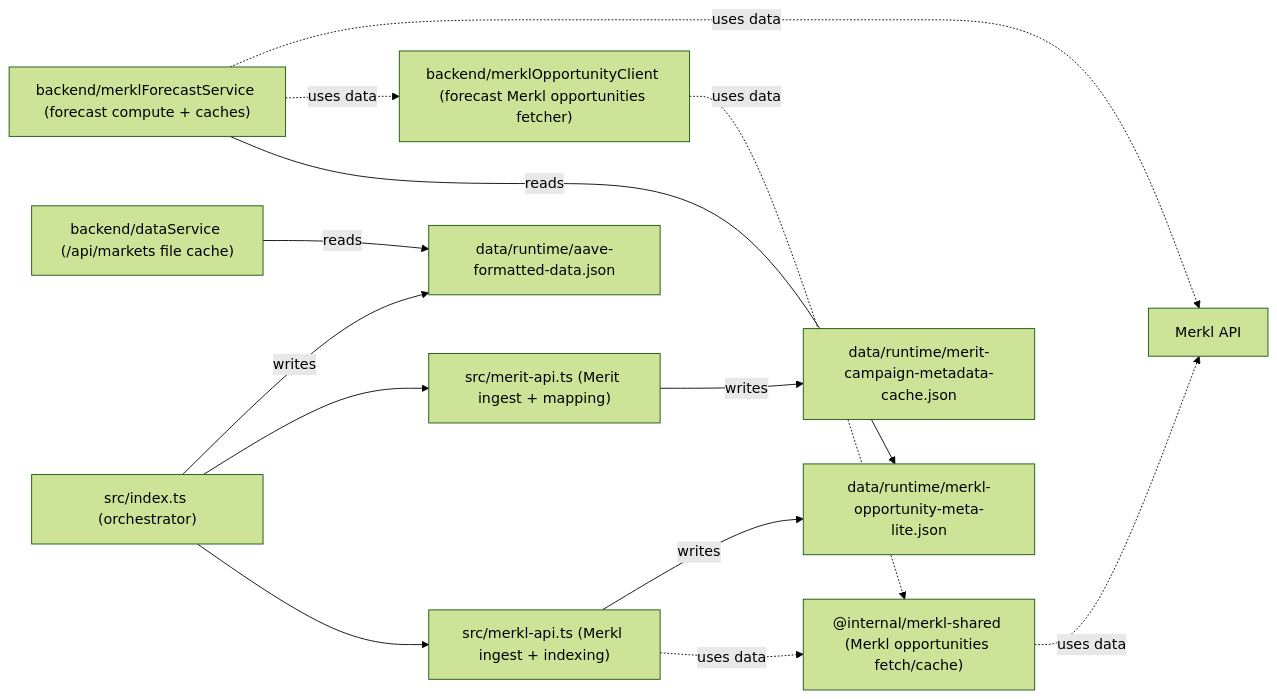
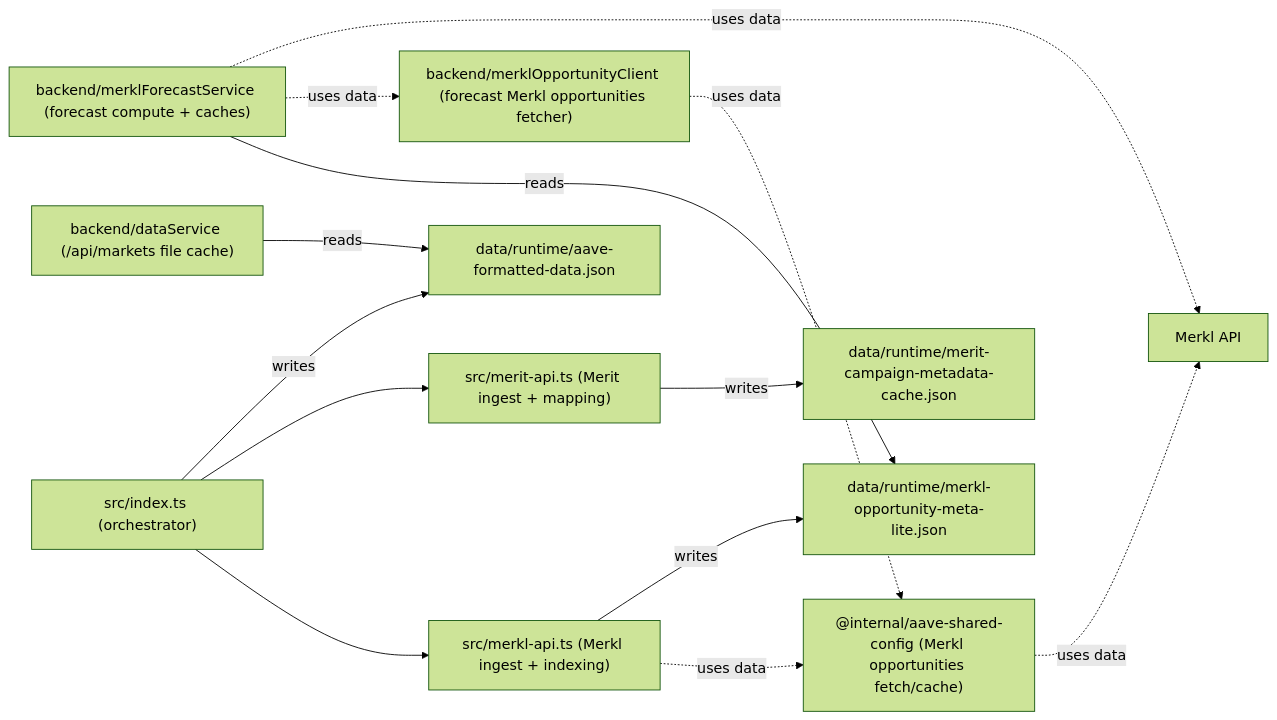
Before and after one commit to 0xPabloLI/aave-protocol-analysis: the first of 5 diagrams in docs/merkl-merit-cache-architecture.md, drawn with Mermaid (forest theme). The commit also changed other lines of this file and 15 other files, not shown here.

Commit message:
refactor(rate-inputs): dynamic fallback and rename shared config package

````diff
--- a/docs/merkl-merit-cache-architecture.md
+++ b/docs/merkl-merit-cache-architecture.md
@@ -19,28 +19,28 @@
 ```mermaid
 flowchart LR
   IDX["src/index.ts (orchestrator)"]
   MERKL["src/merkl-api.ts (Merkl ingest + indexing)"]
   MERIT["src/merit-api.ts (Merit ingest + mapping)"]
-  SHARED["@internal/merkl-shared (Merkl opportunities fetch/cache)"]
+  SHARED["@internal/aave-shared-config (Merkl opportunities fetch/cache)"]
   DFS["backend/dataService (/api/markets file cache)"]
   FCS["backend/merklForecastService (forecast compute + caches)"]
   MOC["backend/merklOpportunityClient (forecast Merkl opportunities fetcher)"]
   MKLITE["data/runtime/merkl-opportunity-meta-lite.json"]
   MARKETS["data/runtime/aave-formatted-data.json"]
   TIMER["data/runtime/merit-campaign-metadata-cache.json"]
   MERKLAPI["Merkl API"]
 
   IDX --> MERKL
   IDX --> MERIT
   MERKL -. "uses data" .-> SHARED
   SHARED -. "uses data" .-> MERKLAPI
   MERKL -- "writes" --> MKLITE
   IDX -- "writes" --> MARKETS
   MERIT -- "writes" --> TIMER
 
   DFS -- "reads" --> MARKETS
   FCS -- "reads" --> MKLITE
   FCS -. "uses data" .-> MOC
   MOC -. "uses data" .-> SHARED
   FCS -. "uses data" .-> MERKLAPI
 ```
````
